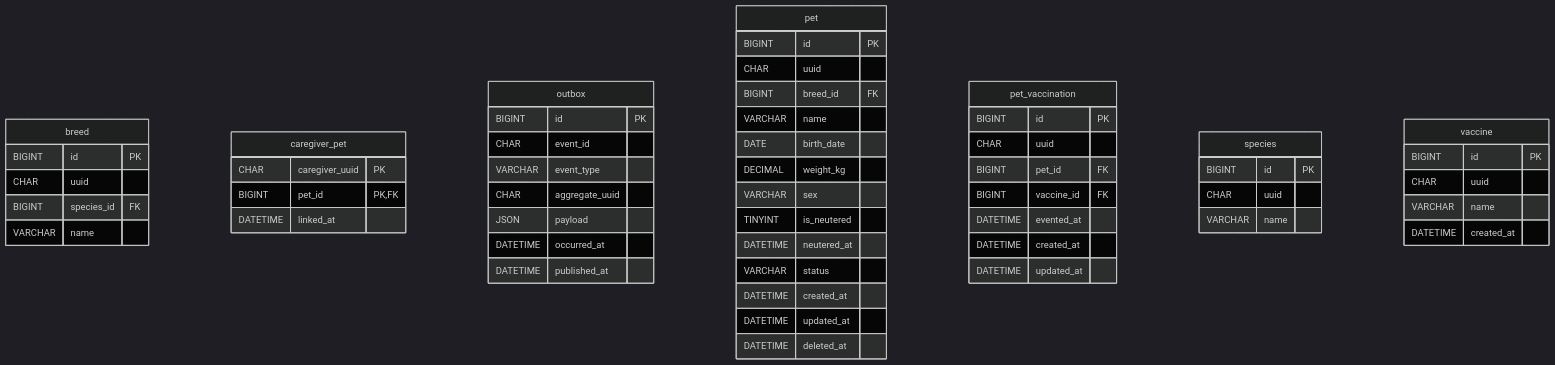
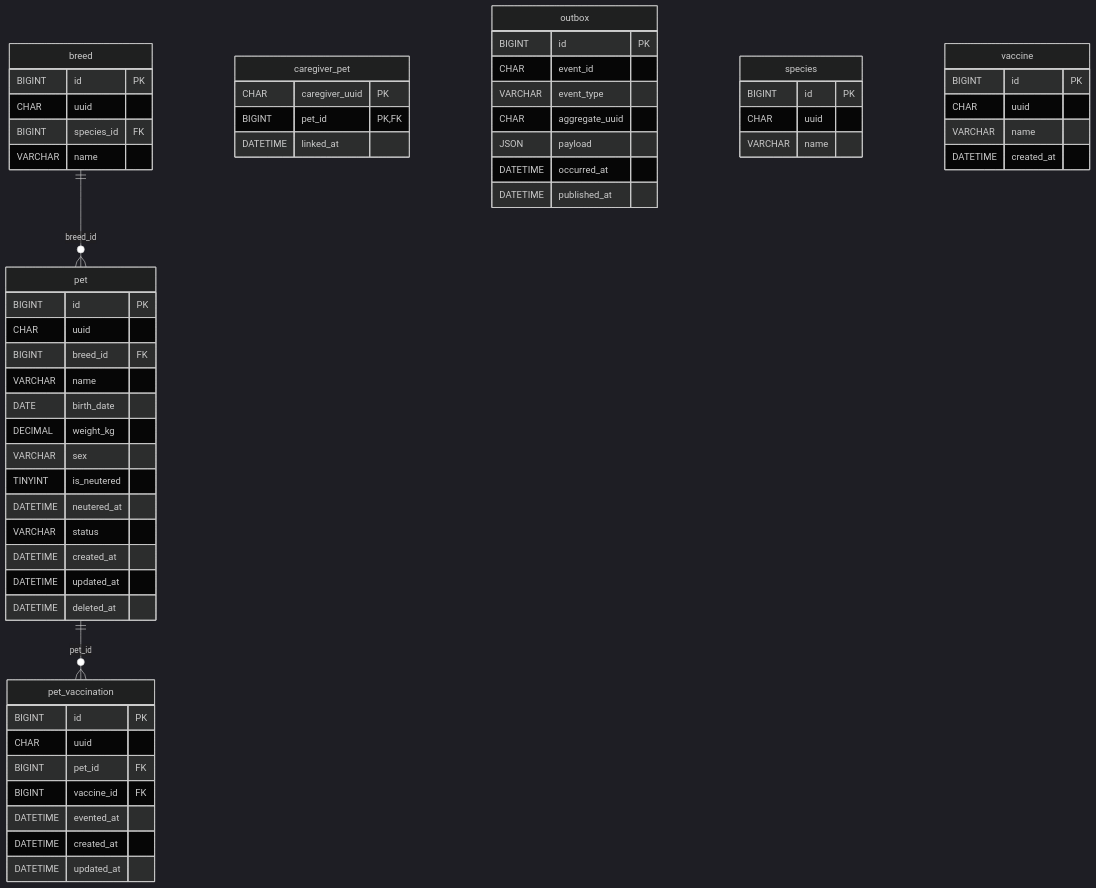
One commit to louie-kury/louie-kury-document changed the first of 2 diagrams in docs/erd/svc_pet.md. Above: the diagram before and after it, drawn with Mermaid (dark theme). The commit also changed other lines of this file and 10 other files, not shown here.

Commit message:
docs: ERD 테이블 사이 관계선 추가

````diff
--- a/docs/erd/svc_pet.md
+++ b/docs/erd/svc_pet.md
@@ -10,58 +10,60 @@
 ```mermaid
 erDiagram
     breed {
         BIGINT id PK
         CHAR uuid
         BIGINT species_id FK
         VARCHAR name
     }
     caregiver_pet {
         CHAR caregiver_uuid PK
         BIGINT pet_id PK,FK
         DATETIME linked_at
     }
     outbox {
         BIGINT id PK
         CHAR event_id
         VARCHAR event_type
         CHAR aggregate_uuid
         JSON payload
         DATETIME occurred_at
         DATETIME published_at
     }
     pet {
         BIGINT id PK
         CHAR uuid
         BIGINT breed_id FK
         VARCHAR name
         DATE birth_date
         DECIMAL weight_kg
         VARCHAR sex
         TINYINT is_neutered
         DATETIME neutered_at
         VARCHAR status
         DATETIME created_at
         DATETIME updated_at
         DATETIME deleted_at
     }
     pet_vaccination {
         BIGINT id PK
         CHAR uuid
         BIGINT pet_id FK
         BIGINT vaccine_id FK
         DATETIME evented_at
         DATETIME created_at
         DATETIME updated_at
     }
     species {
         BIGINT id PK
         CHAR uuid
         VARCHAR name
     }
     vaccine {
         BIGINT id PK
         CHAR uuid
         VARCHAR name
         DATETIME created_at
     }
+    breed ||--o{ pet : "breed_id"
+    pet ||--o{ pet_vaccination : "pet_id"
 ```
````
